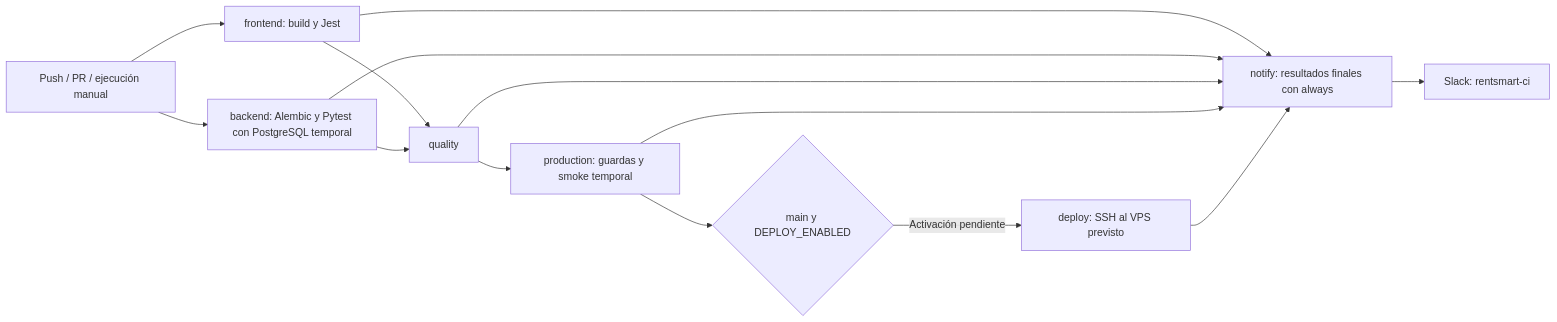
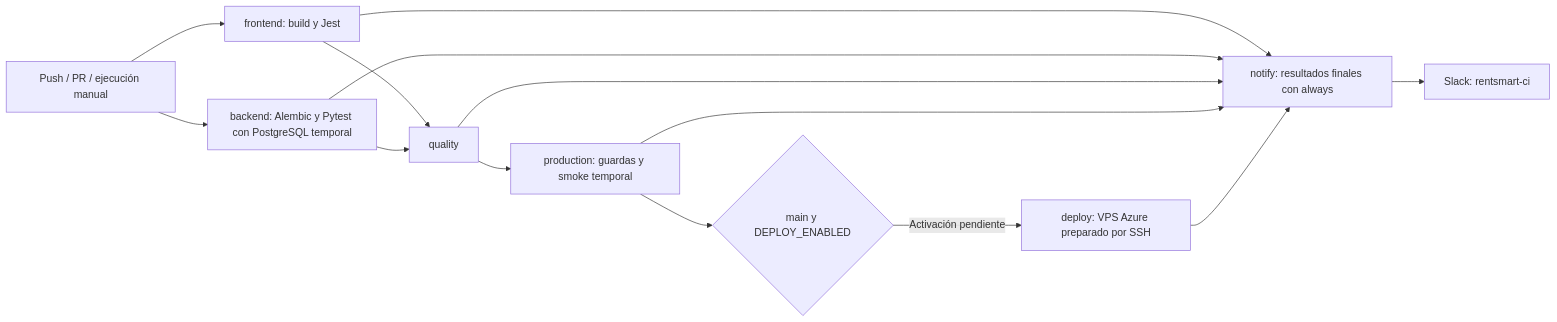
One commit to JorgeJaceval/Pruebas-De-Software-RentSmart changed the second of 2 diagrams in docs/wiki/Arquitectura.md. Above: the diagram before and after it, drawn with Mermaid. The commit also changed other lines of this file and 7 other files, not shown here.

Commit message:
docs: REN-84 registra preparación real del VPS de Azure

````diff
--- a/docs/wiki/Arquitectura.md
+++ b/docs/wiki/Arquitectura.md
@@ -39,16 +39,16 @@
 ```mermaid
 flowchart LR
   GitHub[Push / PR / ejecución manual] --> FE[frontend: build y Jest]
   GitHub --> BE[backend: Alembic y Pytest con PostgreSQL temporal]
   FE --> Quality[quality]
   BE --> Quality
   Quality --> Production[production: guardas y smoke temporal]
   Production --> Gate{main y DEPLOY_ENABLED}
-  Gate -->|Activación pendiente| Deploy[deploy: SSH al VPS previsto]
+  Gate -->|Activación pendiente| Deploy[deploy: VPS Azure preparado por SSH]
   FE --> Notify[notify: resultados finales con always]
   BE --> Notify
   Quality --> Notify
   Production --> Notify
   Deploy --> Notify
   Notify --> Slack[Slack: rentsmart-ci]
 ```
````
